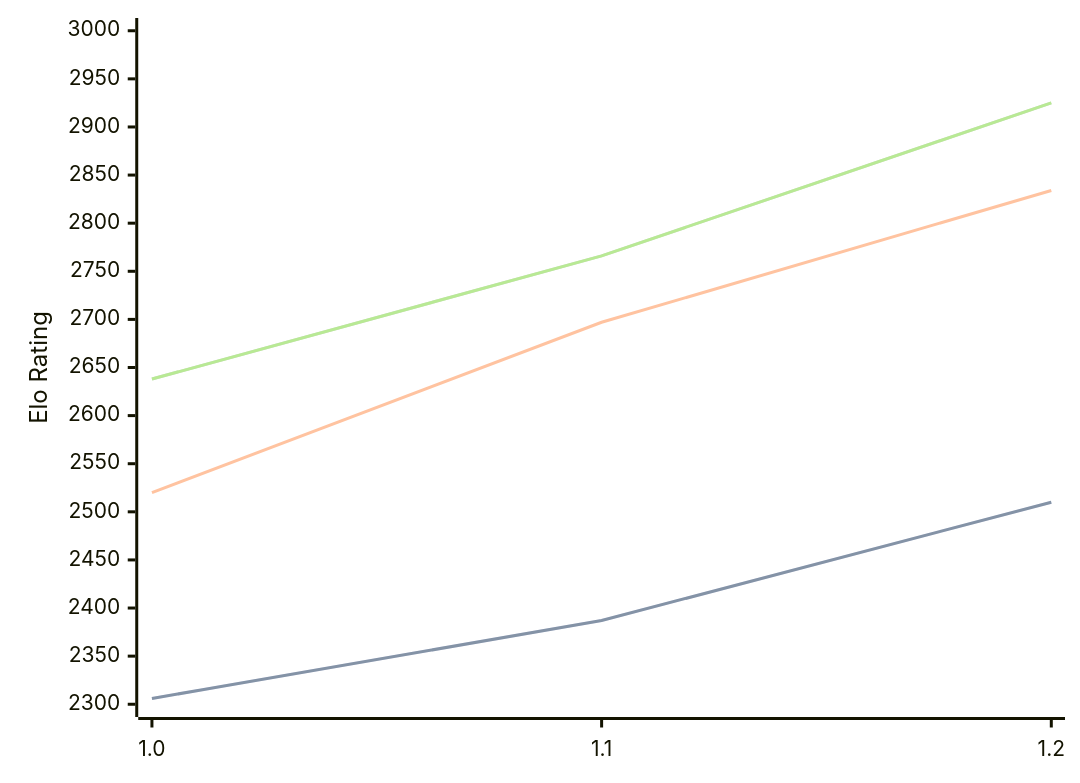
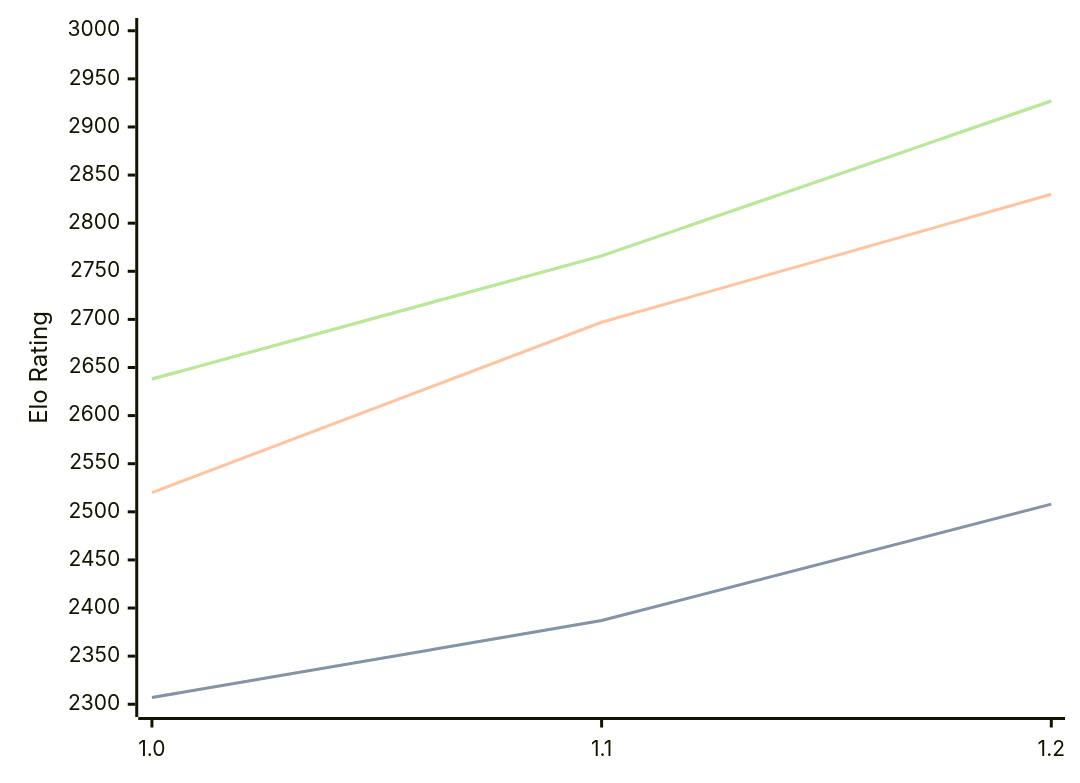
Before and after one commit to computer-chess-index/cci: the diagram in engines/FoxChess.md, drawn with Mermaid. The commit also changed other lines of this file, not shown here.

Commit message:
Update CCI Ratings (ELO VLTC) - 2026-08-17

````diff
--- a/engines/FoxChess.md
+++ b/engines/FoxChess.md
@@ -33,11 +33,11 @@
 ```mermaid
 %%{init: {"theme":"base","themeVariables":{"seriesColors:['#a3a3a3','#222221','#faa371']}}}%%
 xychart-beta
   x-axis ["1.0", "1.1", "1.2"]
   y-axis "Elo Rating" 2300 --> 3000
-  line "STC (8.0+0.08s)" [2306, 2387, 2510]
-  line "STC (8.0+0.08s)" [2306, 2387, 2510]
-  line "LTC (60.0+0.60s)" [2520, 2697, 2834]
-  line "VLTC (2m24s+1.12s)" [2638, 2766, 2925]
-  line "VLTC (2m24s+1.12s)" [2638, 2766, 2925]
+  line "STC (8.0+0.08s)" [2307, 2387, 2508]
+  line "STC (8.0+0.08s)" [2307, 2387, 2508]
+  line "LTC (60.0+0.60s)" [2520, 2697, 2830]
+  line "VLTC (2m24s+1.12s)" [2638, 2766, 2927]
+  line "VLTC (2m24s+1.12s)" [2638, 2766, 2927]
 ```
````
